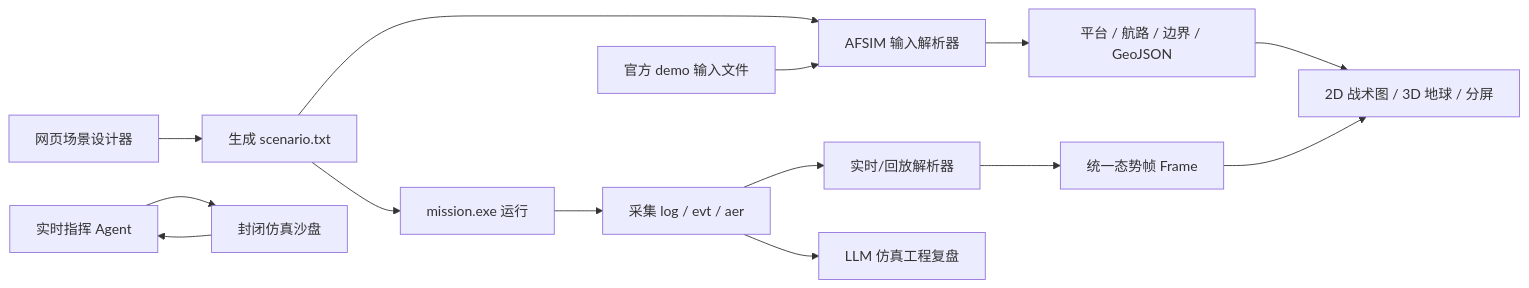
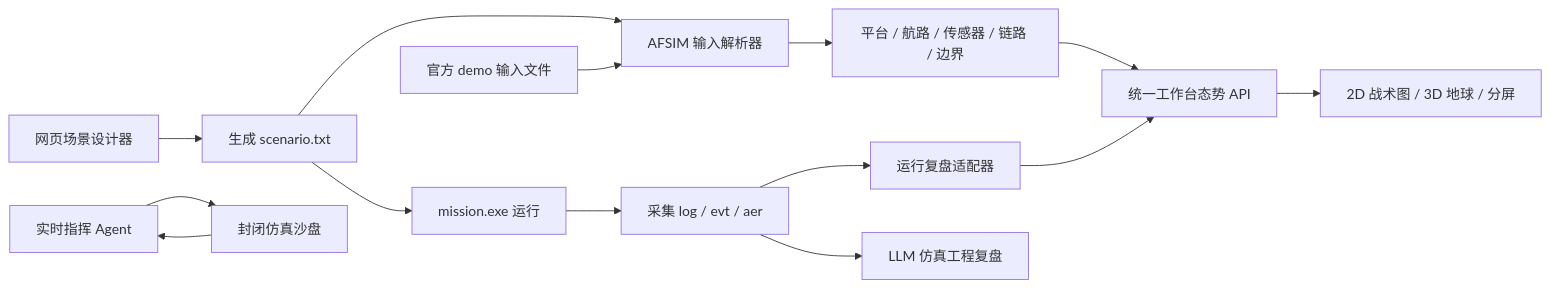
The diagram in docs/ARCHITECTURE.md (mxh111/AFSIM), drawn with Mermaid before and after one commit. The commit also changed other lines of this file and 9 other files, not shown here.

````diff
--- a/docs/ARCHITECTURE.md
+++ b/docs/ARCHITECTURE.md
@@ -11,16 +11,16 @@
 ```mermaid
 flowchart LR
   A["网页场景设计器"] --> B["生成 scenario.txt"]
   B --> C["AFSIM 输入解析器"]
-  C --> D["平台 / 航路 / 边界 / GeoJSON"]
-  D --> E["2D 战术图 / 3D 地球 / 分屏"]
-  B --> F["mission.exe 运行"]
-  F --> G["采集 log / evt / aer"]
-  G --> H["实时/回放解析器"]
-  H --> I["统一态势帧 Frame"]
-  I --> E
+  C --> D["平台 / 航路 / 传感器 / 链路 / 边界"]
+  D --> E["统一工作台态势 API"]
+  E --> F["2D 战术图 / 3D 地球 / 分屏"]
+  B --> N["mission.exe 运行"]
+  N --> G["采集 log / evt / aer"]
+  G --> H["运行复盘适配器"]
+  H --> E
   G --> J["LLM 仿真工程复盘"]
   K["官方 demo 输入文件"] --> C
   L["实时指挥 Agent"] --> M["封闭仿真沙盘"]
   M --> L
 ```
````
